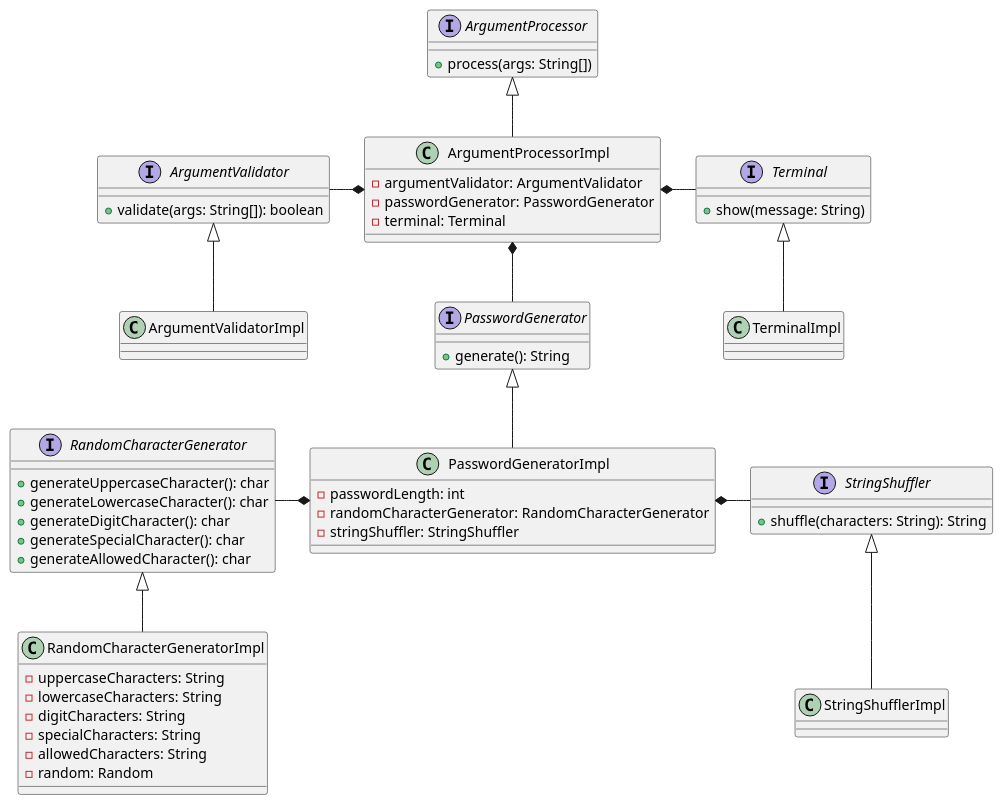
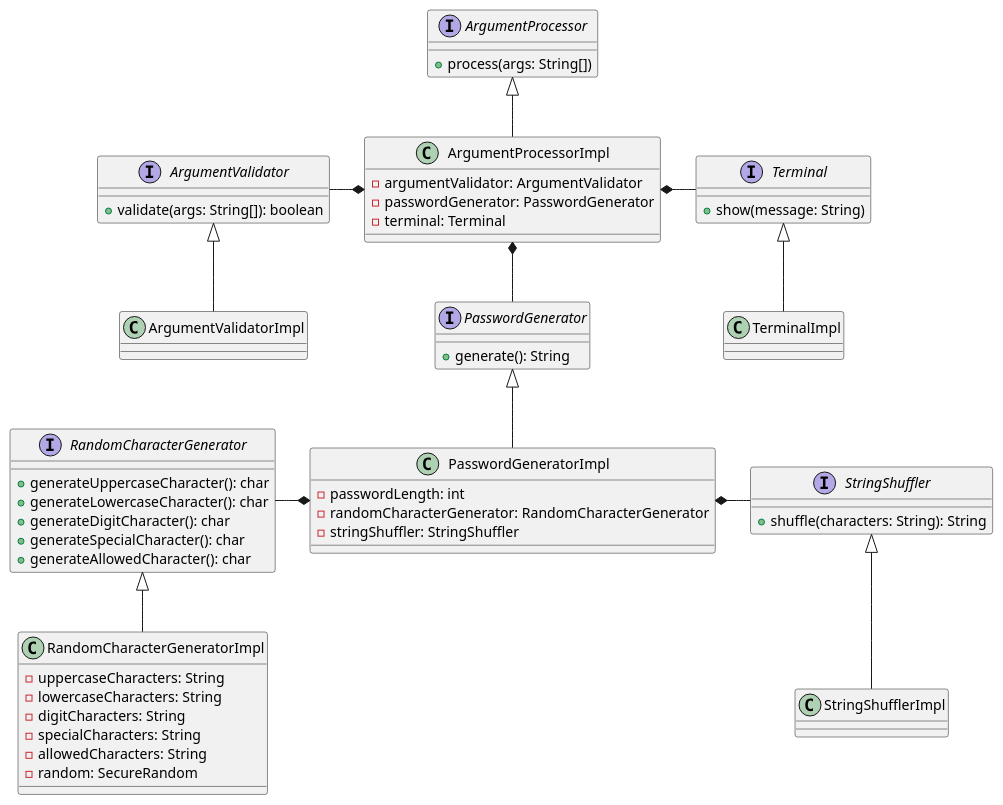
One commit to djvelimir/demo-kotlin-cli changed the diagram in diagrams/Class.puml. Above: the diagram before and after it, drawn with PlantUML. The commit also changed 4 other files, not shown here.

First line of the commit message:
fix(security): use SecureRandom in Kotlin for cryptographically secure values

```diff
--- a/diagrams/Class.puml
+++ b/diagrams/Class.puml
@@ -1,73 +1,73 @@
 @startuml Class
 interface ArgumentValidator {
     + validate(args: String[]): boolean
 }
 
 class ArgumentValidatorImpl {
 }
 
 interface ArgumentProcessor {
     + process(args: String[])
 }
 
 class ArgumentProcessorImpl {
     - argumentValidator: ArgumentValidator
     - passwordGenerator: PasswordGenerator
     - terminal: Terminal
 }
 
 interface Terminal {
     + show(message: String)
 }
 
 class TerminalImpl {
 }
 
 interface PasswordGenerator {
     + generate(): String
 }
 
 class PasswordGeneratorImpl {
     - passwordLength: int
     - randomCharacterGenerator: RandomCharacterGenerator
     - stringShuffler: StringShuffler
 }
 
 interface RandomCharacterGenerator {
     + generateUppercaseCharacter(): char
     + generateLowercaseCharacter(): char
     + generateDigitCharacter(): char
     + generateSpecialCharacter(): char
     + generateAllowedCharacter(): char
 }
 
 class RandomCharacterGeneratorImpl {
     - uppercaseCharacters: String
     - lowercaseCharacters: String
     - digitCharacters: String
     - specialCharacters: String
     - allowedCharacters: String
-    - random: Random
+    - random: SecureRandom
 }
 
 interface StringShuffler {
     + shuffle(characters: String): String
 }
 
 class StringShufflerImpl {
 }
 
 ArgumentValidator <|-- ArgumentValidatorImpl
 ArgumentProcessor <|-- ArgumentProcessorImpl
 Terminal <|-- TerminalImpl
 PasswordGenerator <|-- PasswordGeneratorImpl
 RandomCharacterGenerator <|-- RandomCharacterGeneratorImpl
 StringShuffler <|-- StringShufflerImpl
 
 ArgumentProcessorImpl *--l ArgumentValidator
 ArgumentProcessorImpl *--d PasswordGenerator
 ArgumentProcessorImpl *--r Terminal
 
 PasswordGeneratorImpl *--l RandomCharacterGenerator
 PasswordGeneratorImpl *--r StringShuffler
 @enduml
```
